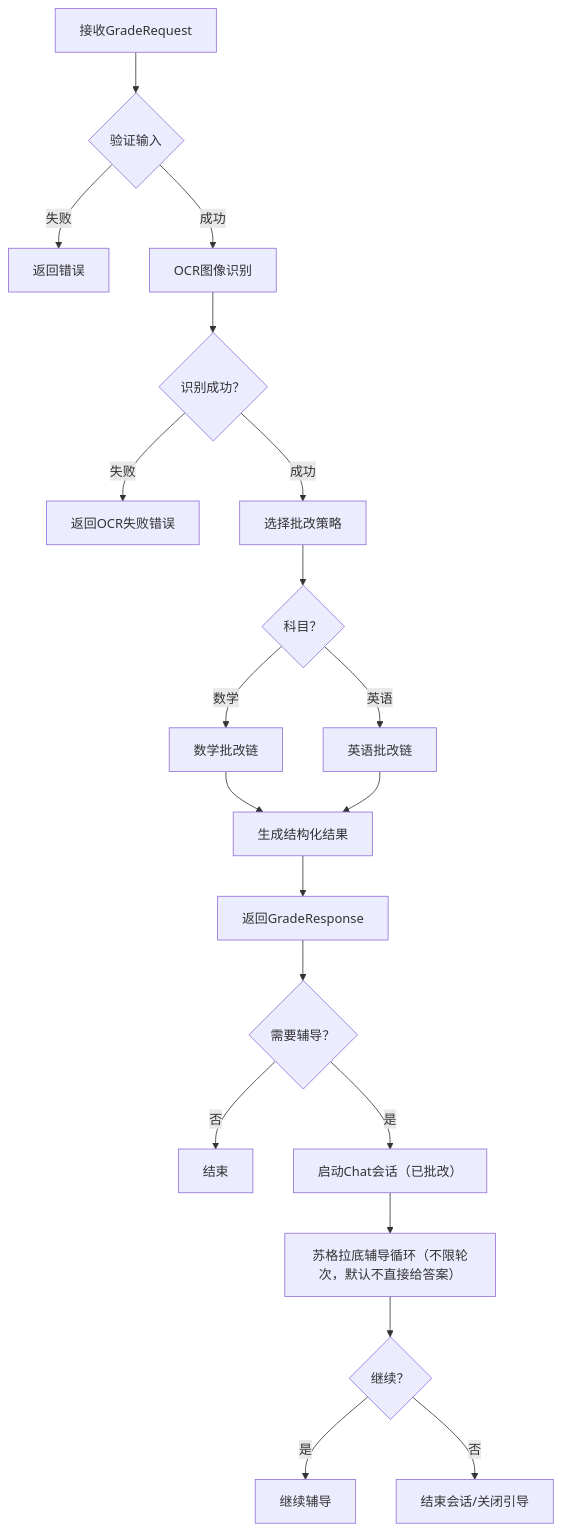
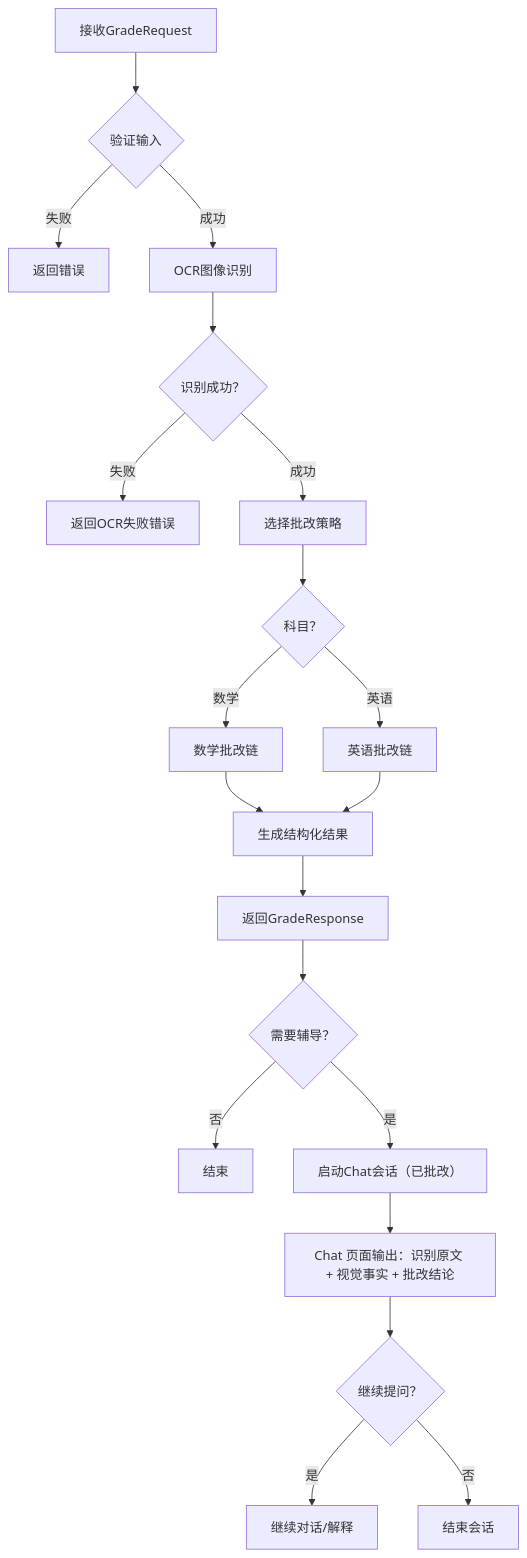
One commit to frank28mm/noteacher changed the diagram in agent_sop.md. Above: the diagram before and after it, drawn with Mermaid. The commit also changed other lines of this file and 30 other files, not shown here.

Commit message:
feat: align judgment basis flow and docs

````diff
--- a/agent_sop.md
+++ b/agent_sop.md
@@ -65,22 +65,22 @@
 ```mermaid
 graph TD
     A[接收GradeRequest] --> B{验证输入}
     B -->|失败| C[返回错误]
     B -->|成功| D[OCR图像识别]
     D --> E{识别成功？}
     E -->|失败| F[返回OCR失败错误]
     E -->|成功| G[选择批改策略]
     G --> H{科目？}
     H -->|数学| I[数学批改链]
     H -->|英语| J[英语批改链]
     I --> K[生成结构化结果]
     J --> K
     K --> L[返回GradeResponse]
     L --> M{需要辅导？}
     M -->|否| N[结束]
     M -->|是| O[启动Chat会话（已批改）]
-    O --> P[苏格拉底辅导循环（不限轮次，默认不直接给答案）]
-    P --> Q{继续？}
-    Q -->|是| R[继续辅导]
-    Q -->|否| S[结束会话/关闭引导]
+    O --> P[Chat 页面输出：识别原文 + 视觉事实 + 批改结论]
+    P --> Q{继续提问？}
+    Q -->|是| R[继续对话/解释]
+    Q -->|否| S[结束会话]
 ```
````
